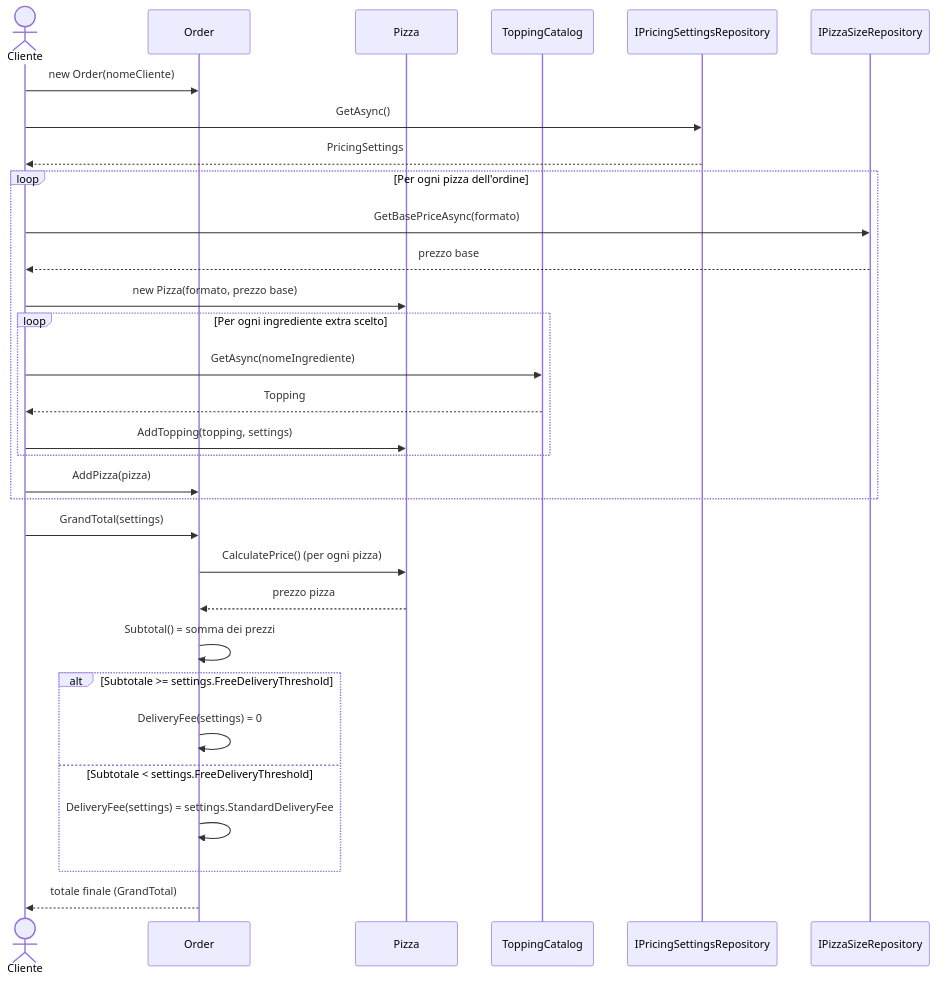
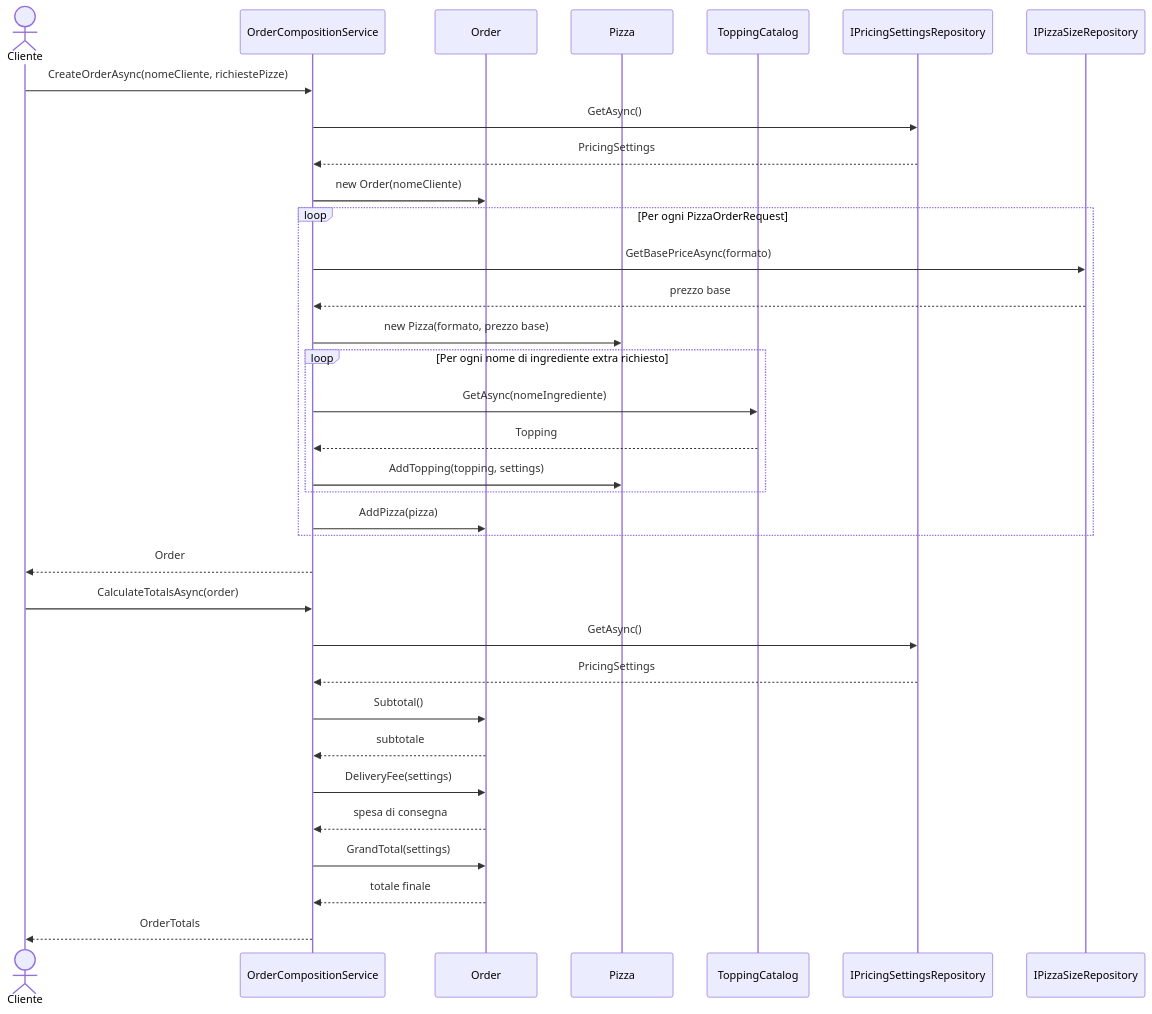
The diagram in docs/c4-model/05-sequence-diagram.md (Timon-code95/PizzaShop), drawn with Mermaid before and after one commit. The commit also changed other lines of this file and 8 other files, not shown here.

Commit message:
Aggiungi OrderCompositionService

````diff
--- a/docs/c4-model/05-sequence-diagram.md
+++ b/docs/c4-model/05-sequence-diagram.md
@@ -12,38 +12,41 @@
 ```mermaid
 sequenceDiagram
 	actor Cliente
+	participant OrderCompositionService
 	participant Order
 	participant Pizza
 	participant ToppingCatalog
 	participant PricingSettingsRepository as IPricingSettingsRepository
 	participant PizzaSizeRepository as IPizzaSizeRepository
 
-	Cliente->>Order: new Order(nomeCliente)
-	Cliente->>PricingSettingsRepository: GetAsync()
-	PricingSettingsRepository-->>Cliente: PricingSettings
+	Cliente->>OrderCompositionService: CreateOrderAsync(nomeCliente, richiestePizze)
+	OrderCompositionService->>PricingSettingsRepository: GetAsync()
+	PricingSettingsRepository-->>OrderCompositionService: PricingSettings
+	OrderCompositionService->>Order: new Order(nomeCliente)
 
-	loop Per ogni pizza dell'ordine
-		Cliente->>PizzaSizeRepository: GetBasePriceAsync(formato)
-		PizzaSizeRepository-->>Cliente: prezzo base
-		Cliente->>Pizza: new Pizza(formato, prezzo base)
-		loop Per ogni ingrediente extra scelto
-			Cliente->>ToppingCatalog: GetAsync(nomeIngrediente)
-			ToppingCatalog-->>Cliente: Topping
-			Cliente->>Pizza: AddTopping(topping, settings)
+	loop Per ogni PizzaOrderRequest
+		OrderCompositionService->>PizzaSizeRepository: GetBasePriceAsync(formato)
+		PizzaSizeRepository-->>OrderCompositionService: prezzo base
+		OrderCompositionService->>Pizza: new Pizza(formato, prezzo base)
+		loop Per ogni nome di ingrediente extra richiesto
+			OrderCompositionService->>ToppingCatalog: GetAsync(nomeIngrediente)
+			ToppingCatalog-->>OrderCompositionService: Topping
+			OrderCompositionService->>Pizza: AddTopping(topping, settings)
 		end
-		Cliente->>Order: AddPizza(pizza)
+		OrderCompositionService->>Order: AddPizza(pizza)
 	end
 
-	Cliente->>Order: GrandTotal(settings)
-	Order->>Pizza: CalculatePrice() (per ogni pizza)
-	Pizza-->>Order: prezzo pizza
-	Order->>Order: Subtotal() = somma dei prezzi
+	OrderCompositionService-->>Cliente: Order
 
-	alt Subtotale >= settings.FreeDeliveryThreshold
-		Order->>Order: DeliveryFee(settings) = 0
-	else Subtotale < settings.FreeDeliveryThreshold
-		Order->>Order: DeliveryFee(settings) = settings.StandardDeliveryFee
-	end
+	Cliente->>OrderCompositionService: CalculateTotalsAsync(order)
+	OrderCompositionService->>PricingSettingsRepository: GetAsync()
+	PricingSettingsRepository-->>OrderCompositionService: PricingSettings
+	OrderCompositionService->>Order: Subtotal()
+	Order-->>OrderCompositionService: subtotale
+	OrderCompositionService->>Order: DeliveryFee(settings)
+	Order-->>OrderCompositionService: spesa di consegna
+	OrderCompositionService->>Order: GrandTotal(settings)
+	Order-->>OrderCompositionService: totale finale
 
-	Order-->>Cliente: totale finale (GrandTotal)
+	OrderCompositionService-->>Cliente: OrderTotals
 ```
````
